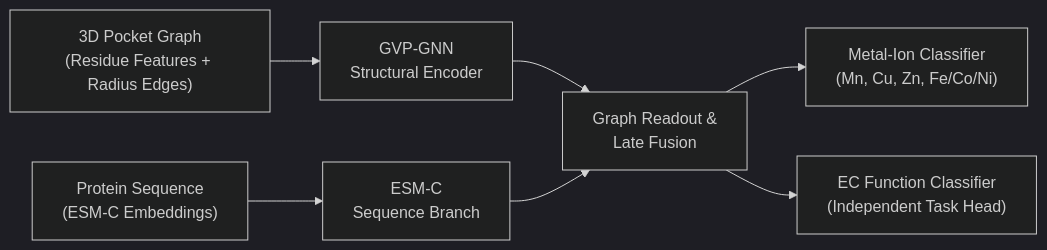
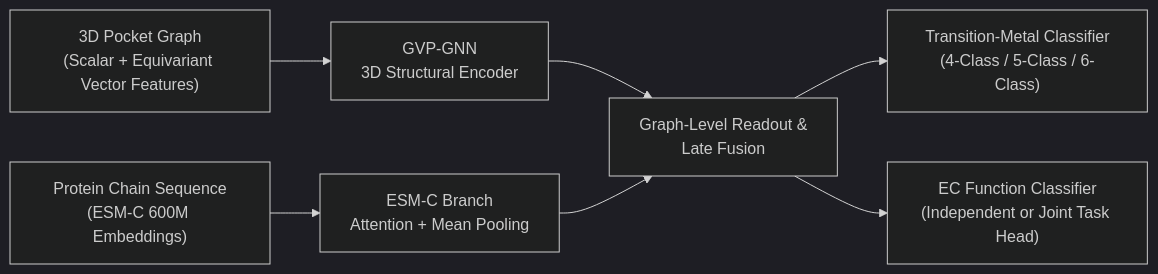
Before and after one commit to MECHTI1/DeepMzyme: the diagram in README.md, drawn with Mermaid (dark theme). The commit also changed other lines of this file and 6 other files, not shown here.

````diff
--- a/README.md
+++ b/README.md
@@ -15,9 +32,9 @@
 ```mermaid
 flowchart LR
-    Pocket["3D Pocket Graph\n(Residue Features + Radius Edges)"] --> GVP["GVP-GNN\nStructural Encoder"]
-    Seq["Protein Sequence\n(ESM-C Embeddings)"] --> ESM["ESM-C\nSequence Branch"]
-    GVP --> Fusion["Graph Readout &\nLate Fusion"]
+    Pocket["3D Pocket Graph\n(Scalar + Equivariant Vector Features)"] --> GVP["GVP-GNN\n3D Structural Encoder"]
+    Seq["Protein Chain Sequence\n(ESM-C 600M Embeddings)"] --> ESM["ESM-C Branch\nAttention + Mean Pooling"]
+    GVP --> Fusion["Graph-Level Readout &\nLate Fusion"]
     ESM --> Fusion
-    Fusion --> Metal["Metal-Ion Classifier\n(Mn, Cu, Zn, Fe/Co/Ni)"]
-    Fusion --> EC["EC Function Classifier\n(Independent Task Head)"]
+    Fusion --> Metal["Transition-Metal Classifier\n(4-Class / 5-Class / 6-Class)"]
+    Fusion --> EC["EC Function Classifier\n(Independent or Joint Task Head)"]
 ```
````
